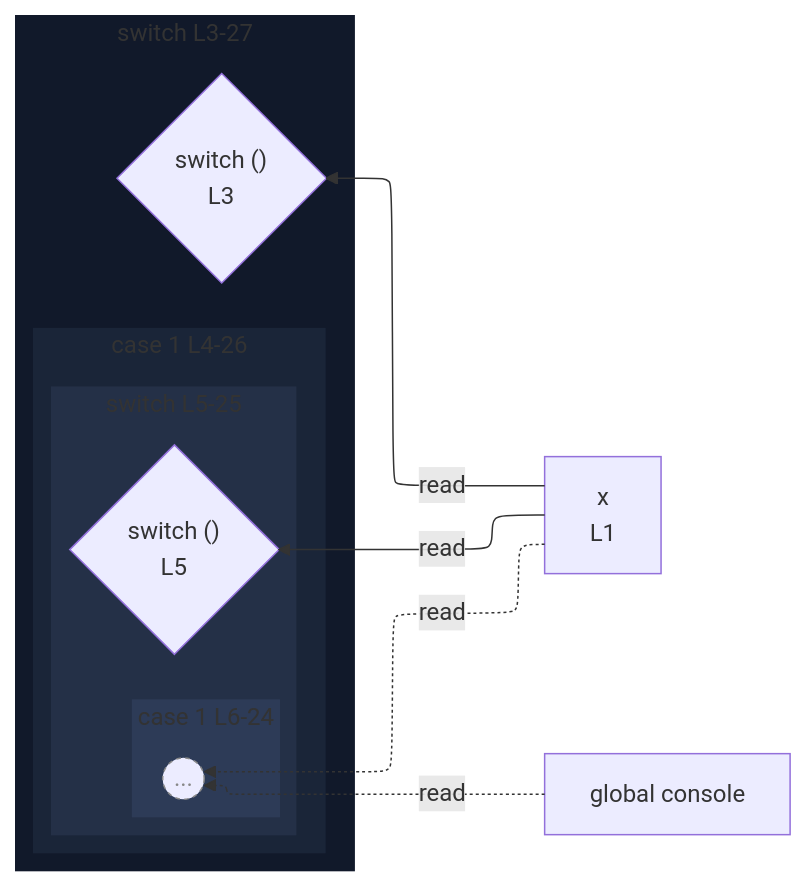
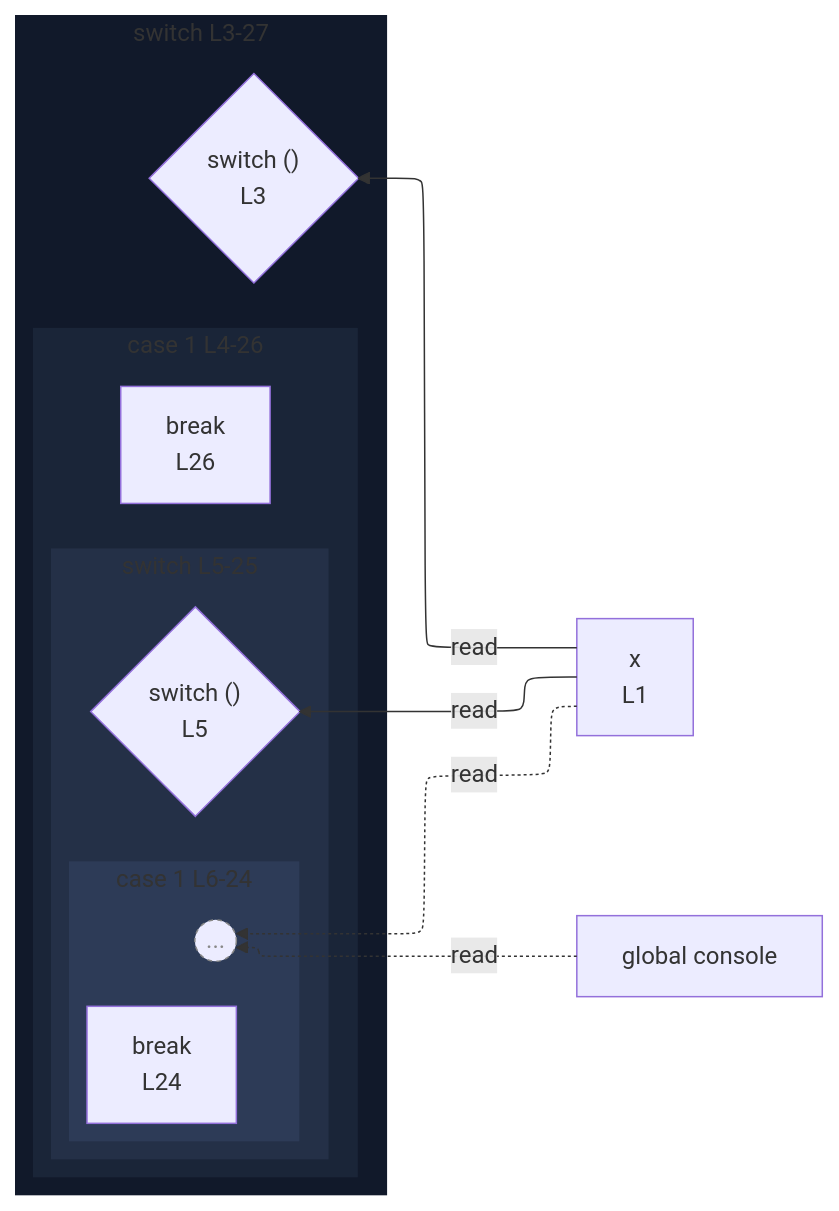
Before and after one commit to crescware/unsnarl: the diagram in integration/fixtures/app-behavior/depth/switch/depth-2/preview.md, drawn with Mermaid. The commit also changed 352 other files, not shown here.

````diff
--- a/integration/fixtures/app-behavior/depth/switch/depth-2/preview.md
+++ b/integration/fixtures/app-behavior/depth/switch/depth-2/preview.md
@@ -43,35 +43,37 @@
 ```mermaid
 %%{init: {"flowchart": {"defaultRenderer": "elk"}}}%%
 flowchart RL
   n_scope_0_x_6["x<br/>L1"]
   n_scope_0_console_296["global console"]
   subgraph s_scope_1["switch L3-27"]
     direction RL
     switch_discriminant_scope_0_14{"switch ()<br/>L3"}
     subgraph s_scope_2["case 1 L4-26"]
       direction RL
+      bc_break_501["break<br/>L26"]
       subgraph s_scope_3["switch L5-25"]
         direction RL
         switch_discriminant_scope_2_41{"switch ()<br/>L5"}
         subgraph s_scope_4["case 1 L6-24"]
           direction RL
+          bc_break_484["break<br/>L24"]
           beyond_depth_s_scope_4((...))
         end
       end
     end
   end
   n_scope_0_x_6 -->|read| switch_discriminant_scope_0_14
   n_scope_0_x_6 -->|read| switch_discriminant_scope_2_41
   n_scope_0_x_6 -.->|read| beyond_depth_s_scope_4
   n_scope_0_console_296 -.->|read| beyond_depth_s_scope_4
   classDef boundaryStub stroke:#888,stroke-dasharray:3 3,color:#888;
   class beyond_depth_s_scope_4 boundaryStub;
   classDef nestL1 fill:#11192a,stroke:transparent;
   class s_scope_1 nestL1;
   classDef nestL2 fill:#1a2538,stroke:transparent;
   class s_scope_2 nestL2;
   classDef nestL3 fill:#243047,stroke:transparent;
   class s_scope_3 nestL3;
   classDef nestL4 fill:#2d3b57,stroke:transparent;
   class s_scope_4 nestL4;
 ```
````
